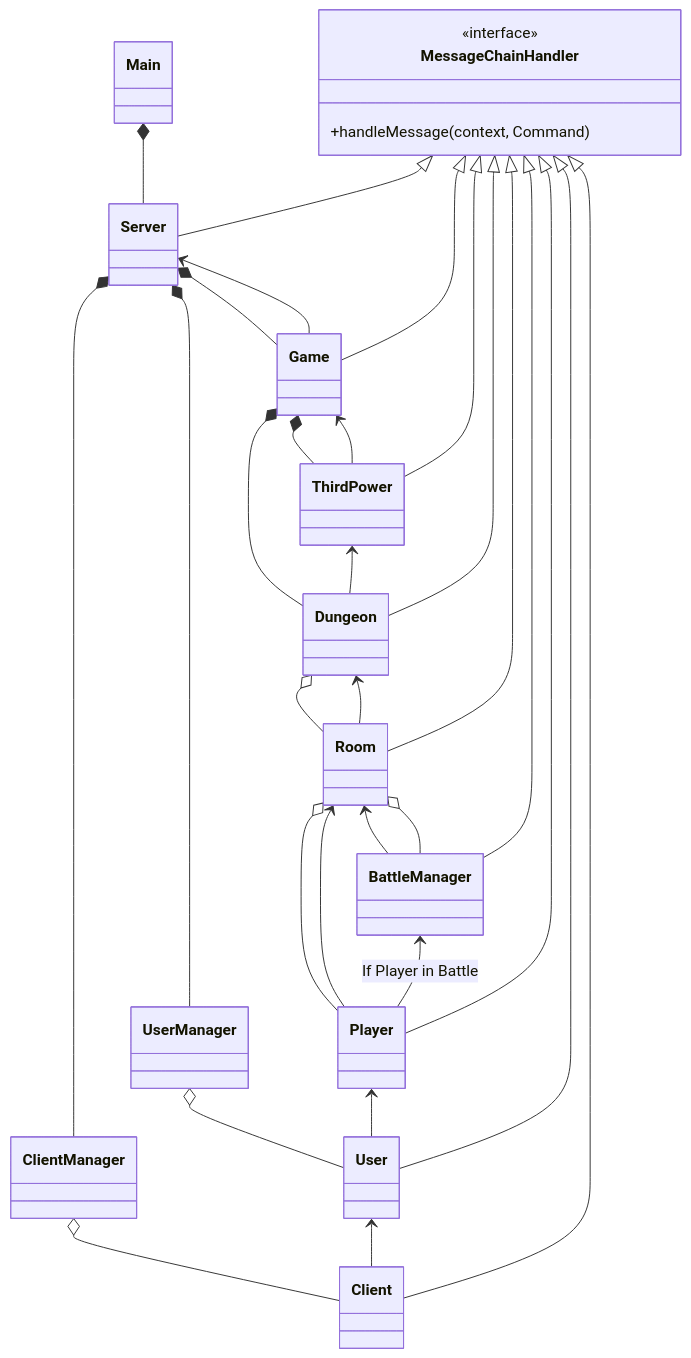
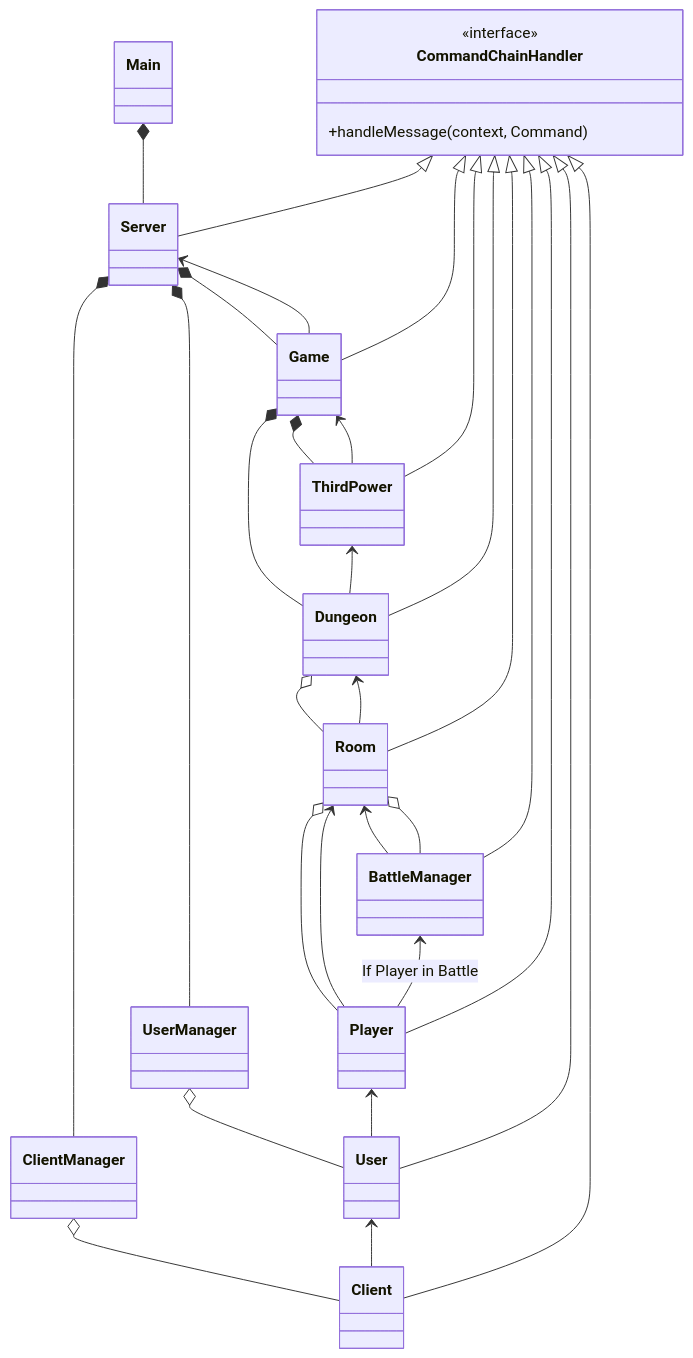
Before and after one commit to GeenDutchman/LHF-MUD: the second of 3 diagrams in gameserver/src/main/java/com/lhf/README.md, drawn with Mermaid. The commit also changed 44 other files, not shown here.

````diff
--- a/gameserver/src/main/java/com/lhf/README.md
+++ b/gameserver/src/main/java/com/lhf/README.md
@@ -120,58 +120,58 @@
 ```mermaid
 classDiagram
-    class MessageChainHandler
-    <<interface>> MessageChainHandler
-    MessageChainHandler: +handleMessage(context, Command)
+    class CommandChainHandler
+    <<interface>> CommandChainHandler
+    CommandChainHandler: +handleMessage(context, Command)
     class Main
     class Server
     class UserManager
     class User
     class ClientManager
     class Client
     class Game
     class ThirdPower
     class Dungeon
     class Room
     class Player
     class BattleManager
 
     Main *-- Server
     Server *-- ClientManager
     Server *-- UserManager
     Server *-- Game
 
     UserManager o-- User
     ClientManager o-- Client
 
 
     Game *-- ThirdPower
 
     Game *-- Dungeon
 
     Dungeon o-- Room
 
     Room o-- Player
 
     User <-- Client
     Player <-- User
     Room <-- Player
     Room <-- BattleManager
     BattleManager <-- Player: If Player in Battle
     Dungeon <-- Room
     ThirdPower <-- Dungeon
     Game <-- ThirdPower
     Server <-- Game
 
     Room o-- BattleManager
     
-    MessageChainHandler <|-- BattleManager
-    MessageChainHandler <|-- Player
-    MessageChainHandler <|-- Room
-    MessageChainHandler <|-- Dungeon
-    MessageChainHandler <|-- ThirdPower
-    MessageChainHandler <|-- Game
-    MessageChainHandler <|-- Server
-    MessageChainHandler <|-- User
-    MessageChainHandler <|-- Client
+    CommandChainHandler <|-- BattleManager
+    CommandChainHandler <|-- Player
+    CommandChainHandler <|-- Room
+    CommandChainHandler <|-- Dungeon
+    CommandChainHandler <|-- ThirdPower
+    CommandChainHandler <|-- Game
+    CommandChainHandler <|-- Server
+    CommandChainHandler <|-- User
+    CommandChainHandler <|-- Client
 
 ```
````
